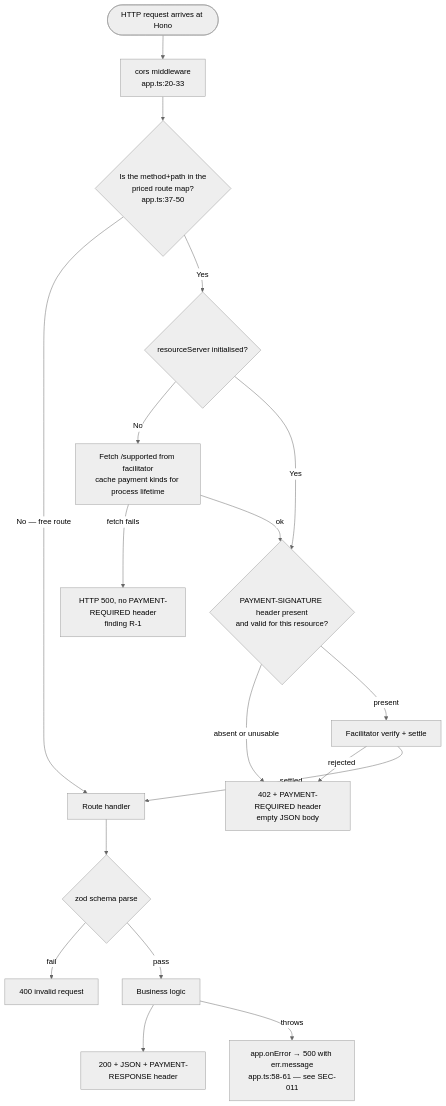
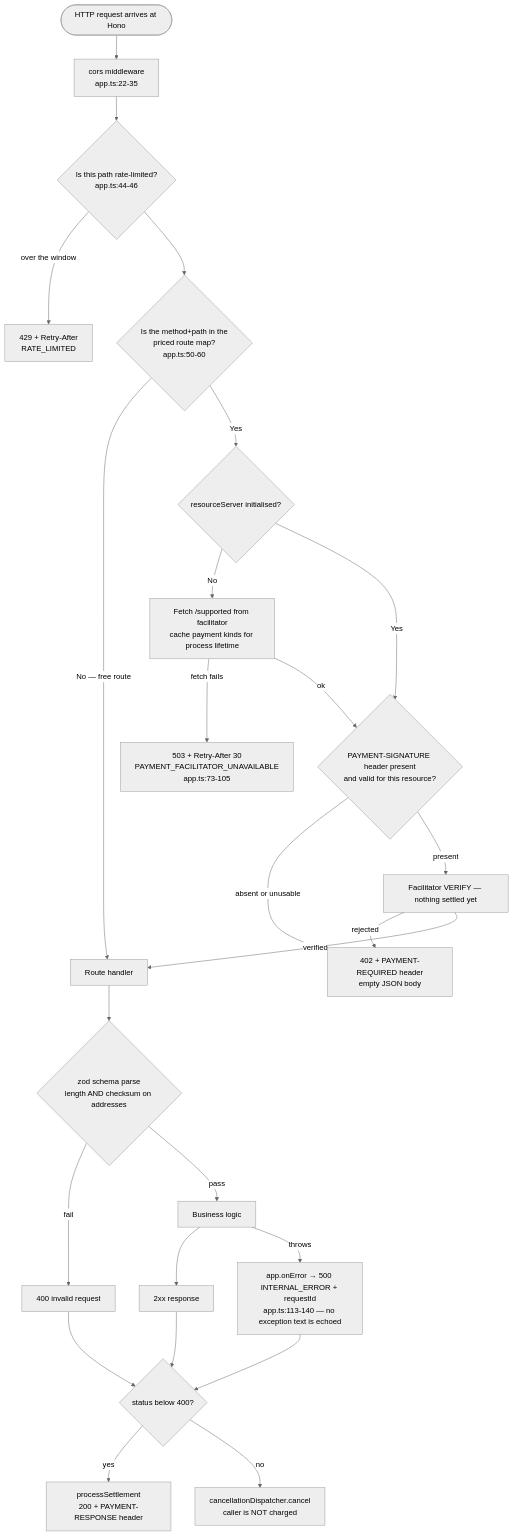
The third of 3 diagrams in docs/03_Architecture/System_Architecture.md (Hydra-Of-Malice/Medrail), drawn with Mermaid (neutral theme) before and after one commit. The commit also changed other lines of this file and 77 other files, not shown here.

````diff
--- a/docs/03_Architecture/System_Architecture.md
+++ b/docs/03_Architecture/System_Architecture.md
@@ -222,20 +220,27 @@
 ```mermaid
 flowchart TD
-    A(["HTTP request arrives at Hono"]) --> B["cors middleware<br/>app.ts:20-33"]
-    B --> C{"Is the method+path in the<br/>priced route map?<br/>app.ts:37-50"}
+    A(["HTTP request arrives at Hono"]) --> B["cors middleware<br/>app.ts:22-35"]
+    B --> RL{"Is this path rate-limited?<br/>app.ts:44-46"}
+    RL -->|"over the window"| RL429["429 + Retry-After<br/>RATE_LIMITED"]
+    RL --> C{"Is the method+path in the<br/>priced route map?<br/>app.ts:50-60"}
     C -->|"No — free route"| H["Route handler"]
     C -->|"Yes"| D{"resourceServer initialised?"}
     D -->|"No"| E["Fetch /supported from facilitator<br/>cache payment kinds for process lifetime"]
-    E -->|"fetch fails"| E2["HTTP 500, no PAYMENT-REQUIRED header<br/>finding R-1"]
+    E -->|"fetch fails"| E2["503 + Retry-After 30<br/>PAYMENT_FACILITATOR_UNAVAILABLE<br/>app.ts:73-105"]
     E -->|"ok"| F
     D -->|"Yes"| F{"PAYMENT-SIGNATURE header present<br/>and valid for this resource?"}
     F -->|"absent or unusable"| G["402 + PAYMENT-REQUIRED header<br/>empty JSON body"]
-    F -->|"present"| I["Facilitator verify + settle"]
+    F -->|"present"| I["Facilitator VERIFY — nothing settled yet"]
     I -->|"rejected"| G
-    I -->|"settled"| H
-    H --> J{"zod schema parse"}
+    I -->|"verified"| H
+    H --> J{"zod schema parse<br/>length AND checksum on addresses"}
     J -->|"fail"| K["400 invalid request"]
     J -->|"pass"| L["Business logic"]
-    L --> M["200 + JSON + PAYMENT-RESPONSE header"]
-    L -->|"throws"| N["app.onError → 500 with err.message<br/>app.ts:58-61 — see SEC-011"]
+    L --> M["2xx response"]
+    L -->|"throws"| N["app.onError → 500 INTERNAL_ERROR + requestId<br/>app.ts:113-140 — no exception text is echoed"]
+    M --> S{"status below 400?"}
+    K --> S
+    N --> S
+    S -->|"yes"| SET["processSettlement<br/>200 + PAYMENT-RESPONSE header"]
+    S -->|"no"| CAN["cancellationDispatcher.cancel<br/>caller is NOT charged"]
 ```
````
